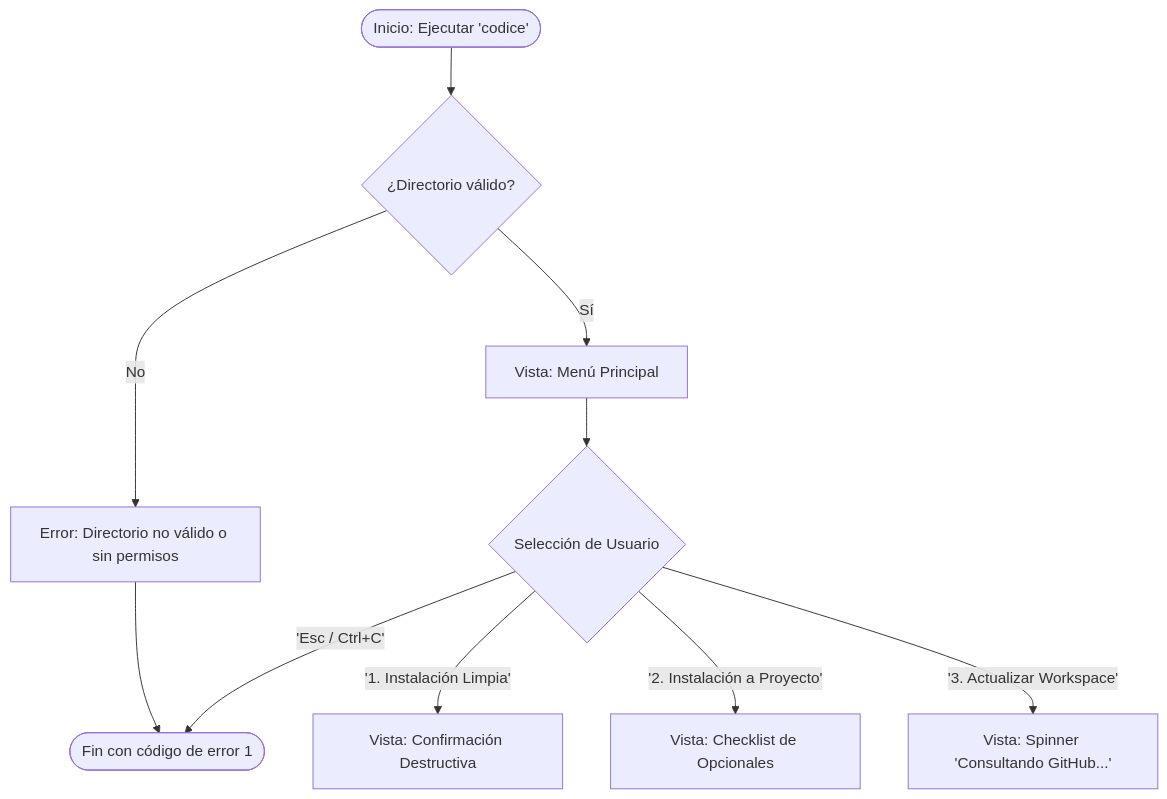
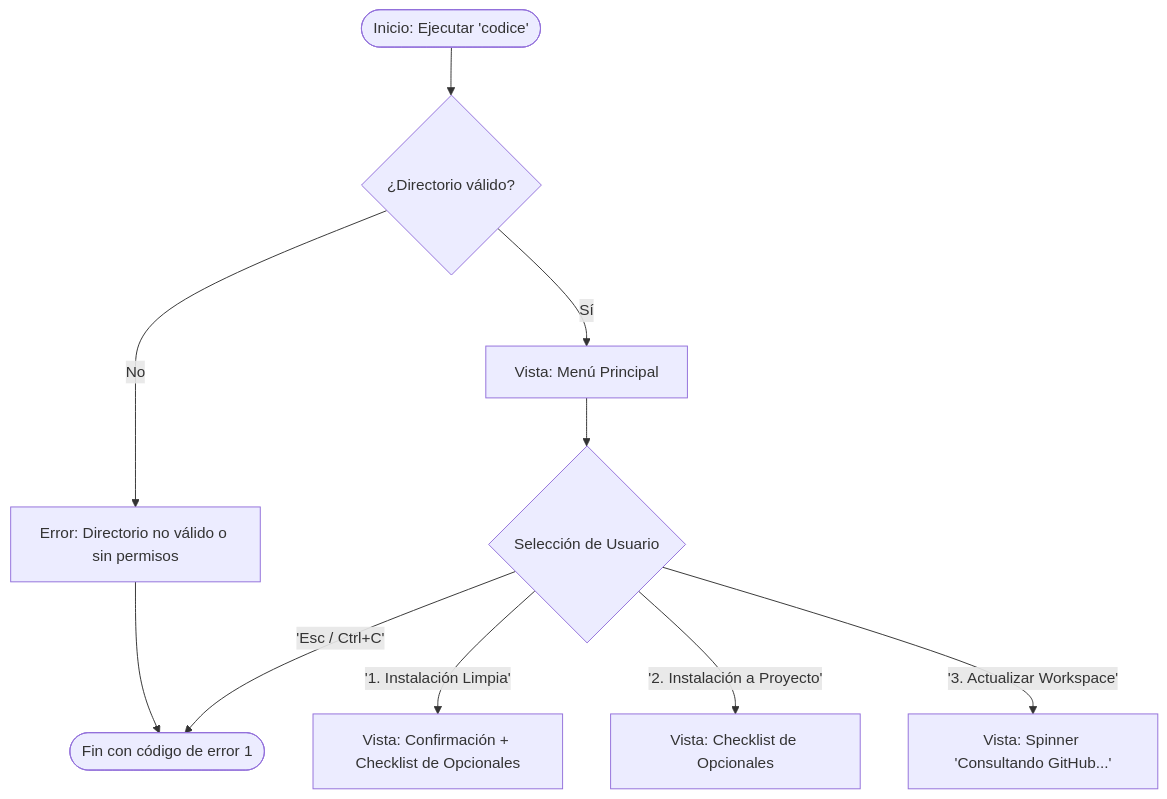
Before and after one commit to Fisherk2/codice-opencode: the first of 3 diagrams in docs/APPFLOW.md, drawn with Mermaid. The commit also changed other lines of this file and 76 other files, not shown here.

````diff
--- a/docs/APPFLOW.md
+++ b/docs/APPFLOW.md
@@ -13,12 +13,12 @@
 ```mermaid
 graph TD
     A([Inicio: Ejecutar 'codice']) --> B{¿Directorio válido?}
     B -- No --> C[Error: Directorio no válido o sin permisos]
     C --> Z([Fin con código de error 1])
     B -- Sí --> D[Vista: Menú Principal]
     D --> E{Selección de Usuario}
-    E -- '1. Instalación Limpia' --> F[Vista: Confirmación Destructiva]
+    E -- '1. Instalación Limpia' --> F[Vista: Confirmación + Checklist de Opcionales]
     E -- '2. Instalación a Proyecto' --> G[Vista: Checklist de Opcionales]
     E -- '3. Actualizar Workspace' --> H[Vista: Spinner 'Consultando GitHub...']
     E -- 'Esc / Ctrl+C' --> Z
 ```
````
